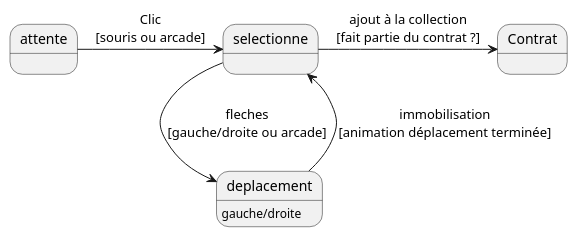
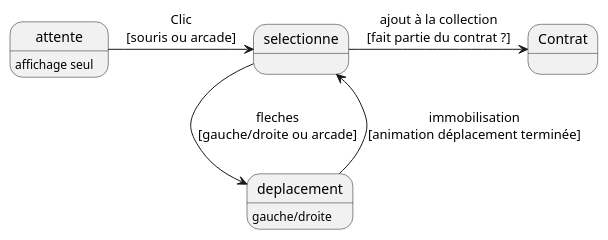
Before and after one commit to MaiveCL/Projet_session_JV: the diagram in docs/stateDiagram.puml, drawn with PlantUML.

Commit message:
test d'affichage plant uml v2

```diff
--- a/docs/stateDiagram.puml
+++ b/docs/stateDiagram.puml
@@ -1,11 +1,11 @@
 @startuml "État des bandes"
-state attente
+state attente : affichage seul
 state selectionne
 state deplacement : gauche/droite
 state Contrat
 
 attente -> selectionne : Clic\n[souris ou arcade]
 selectionne -> deplacement : fleches\n[gauche/droite ou arcade]
 deplacement --> selectionne :immobilisation\n[animation déplacement terminée]
 selectionne -> Contrat :ajout à la collection\n[fait partie du contrat ?]
 @enduml
```
